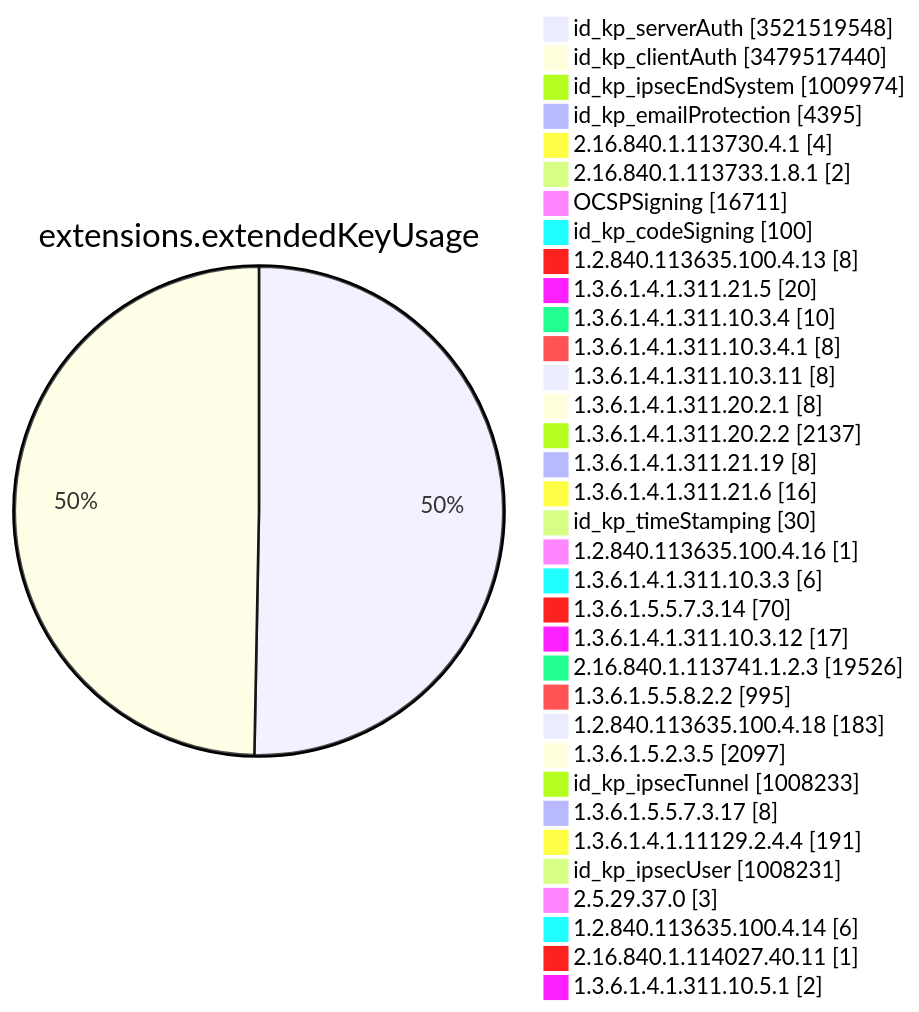
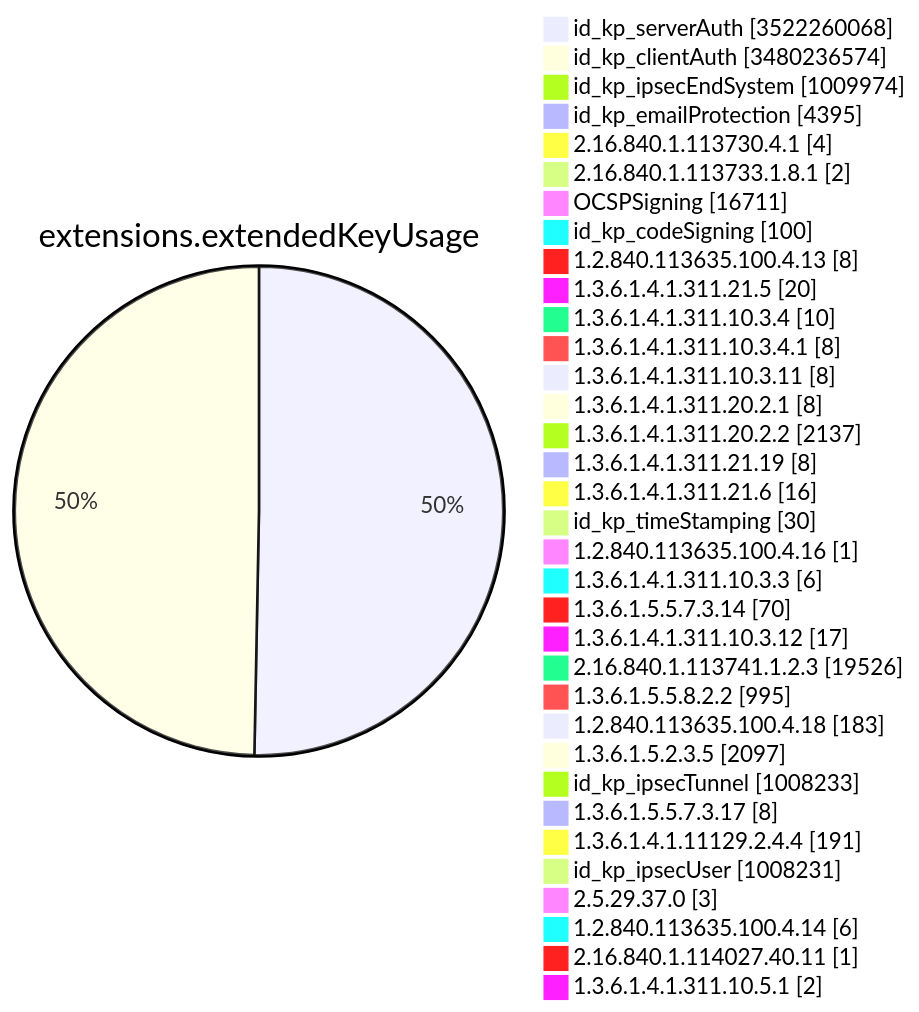
Before and after one commit to christiankrug/ctmonitor_visualization: diagram 11 of 15 in TOTAL/README.md, drawn with Mermaid. The commit also changed other lines of this file, not shown here.

````diff
--- a/TOTAL/README.md
+++ b/TOTAL/README.md
@@ -4126,38 +4126,38 @@
 ```mermaid
 pie showData
 title extensions.extendedKeyUsage
-"id_kp_serverAuth" :3521519548
-"id_kp_clientAuth" :3479517440
+"id_kp_serverAuth" :3522260068
+"id_kp_clientAuth" :3480236574
 "id_kp_ipsecEndSystem" :1009974
 "id_kp_emailProtection" :4395
 "2.16.840.1.113730.4.1" :4
 "2.16.840.1.113733.1.8.1" :2
 "OCSPSigning" :16711
 "id_kp_codeSigning" :100
 "1.2.840.113635.100.4.13" :8
 "1.3.6.1.4.1.311.21.5" :20
 "1.3.6.1.4.1.311.10.3.4" :10
 "1.3.6.1.4.1.311.10.3.4.1" :8
 "1.3.6.1.4.1.311.10.3.11" :8
 "1.3.6.1.4.1.311.20.2.1" :8
 "1.3.6.1.4.1.311.20.2.2" :2137
 "1.3.6.1.4.1.311.21.19" :8
 "1.3.6.1.4.1.311.21.6" :16
 "id_kp_timeStamping" :30
 "1.2.840.113635.100.4.16" :1
 "1.3.6.1.4.1.311.10.3.3" :6
 "1.3.6.1.5.5.7.3.14" :70
 "1.3.6.1.4.1.311.10.3.12" :17
 "2.16.840.1.113741.1.2.3" :19526
 "1.3.6.1.5.5.8.2.2" :995
 "1.2.840.113635.100.4.18" :183
 "1.3.6.1.5.2.3.5" :2097
 "id_kp_ipsecTunnel" :1008233
 "1.3.6.1.5.5.7.3.17" :8
 "1.3.6.1.4.1.11129.2.4.4" :191
 "id_kp_ipsecUser" :1008231
 "2.5.29.37.0" :3
 "1.2.840.113635.100.4.14" :6
 "2.16.840.1.114027.40.11" :1
 "1.3.6.1.4.1.311.10.5.1" :2
 ```
````
